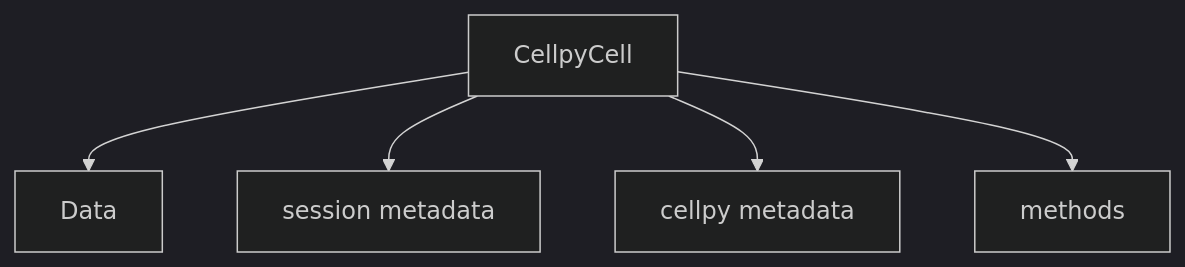
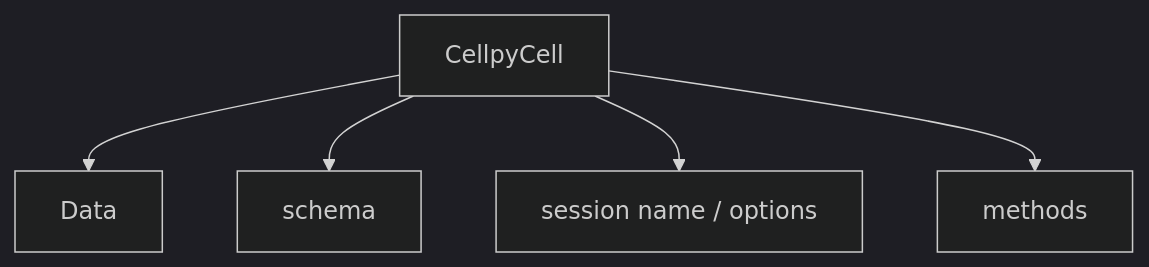
The first of 2 diagrams in docs/fundamentals/data_structure.md (jepegit/cellpy), drawn with Mermaid (dark theme) before and after one commit. The commit also changed other lines of this file and 3 other files, not shown here.

````diff
--- a/docs/fundamentals/data_structure.md
+++ b/docs/fundamentals/data_structure.md
@@ -17,7 +18,7 @@
 ```mermaid
 flowchart TD
     n0[CellpyCell] --> n1[Data]
-    n0[CellpyCell] --> n2[session metadata]
-    n0[CellpyCell] --> n3[cellpy metadata]
+    n0[CellpyCell] --> n2[schema]
+    n0[CellpyCell] --> n3[session name / options]
     n0[CellpyCell] --> n4[methods]
 ```
````
